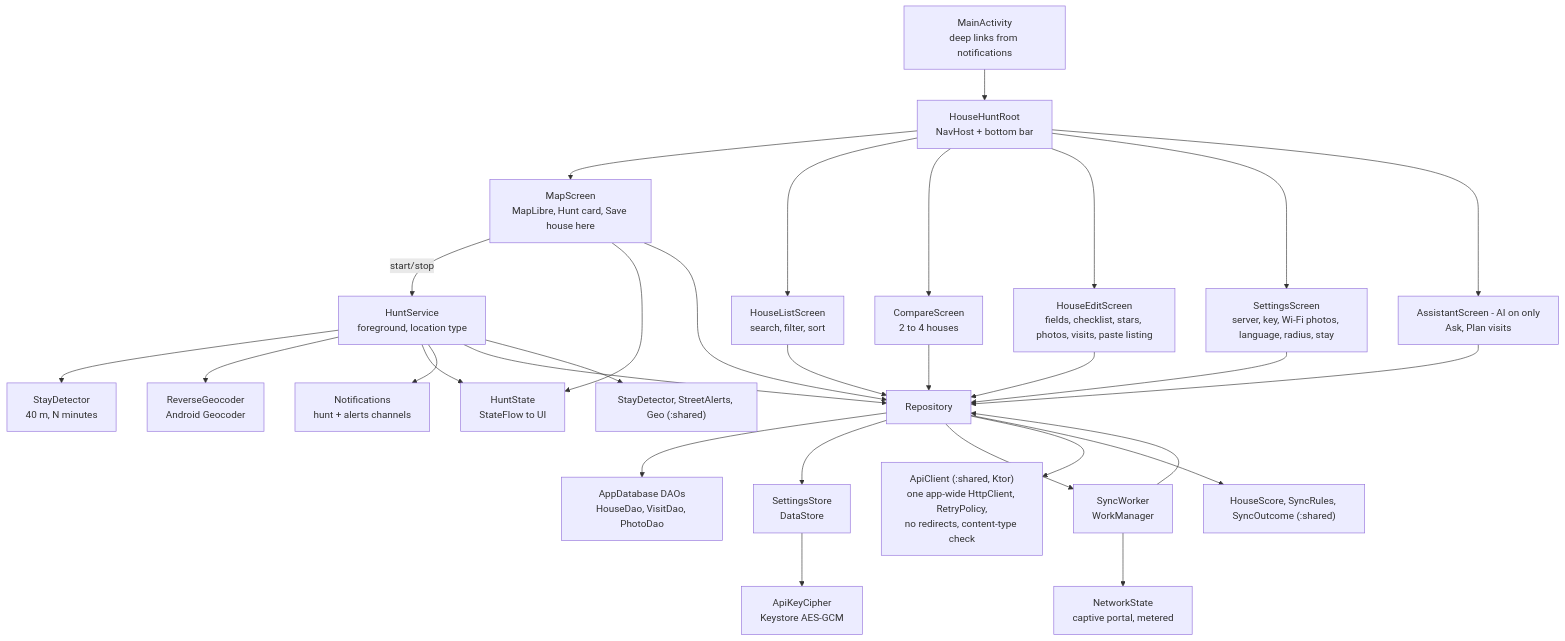
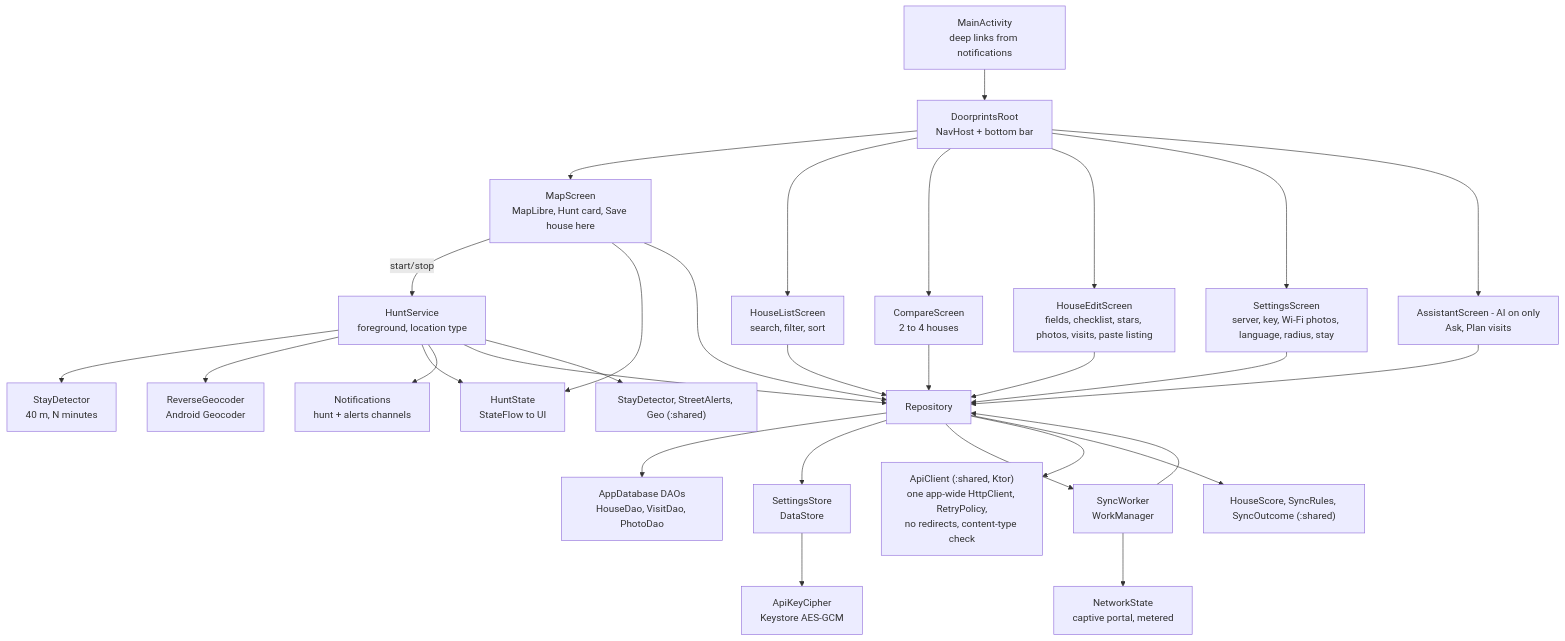
One commit to Sriram-Codes-SW/doorprints changed the fourth of 17 diagrams in docs/03-design.md. Above: the diagram before and after it, drawn with Mermaid. The commit also changed other lines of this file and 17 other files, not shown here.

````diff
--- a/docs/03-design.md
+++ b/docs/03-design.md
@@ -165,32 +166,32 @@
 ```mermaid
 flowchart TB
-    ma["MainActivity<br/>deep links from notifications"] --> root["HouseHuntRoot<br/>NavHost + bottom bar"]
+    ma["MainActivity<br/>deep links from notifications"] --> root["DoorprintsRoot<br/>NavHost + bottom bar"]
     root --> map["MapScreen<br/>MapLibre, Hunt card, Save house here"]
     root --> list["HouseListScreen<br/>search, filter, sort"]
     root --> cmp["CompareScreen<br/>2 to 4 houses"]
     root --> edit["HouseEditScreen<br/>fields, checklist, stars, photos, visits, paste listing"]
     root --> set["SettingsScreen<br/>server, key, Wi-Fi photos, language, radius, stay"]
     root --> asst["AssistantScreen - AI on only<br/>Ask, Plan visits"]
     asst --> repo
     map -->|"start/stop"| hunt["HuntService<br/>foreground, location type"]
     hunt --> sd["StayDetector<br/>40 m, N minutes"]
     hunt --> rg["ReverseGeocoder<br/>Android Geocoder"]
     hunt --> hs["HuntState<br/>StateFlow to UI"]
     hunt --> nt["Notifications<br/>hunt + alerts channels"]
     map --> hs
     map --> repo
     list --> repo
     cmp --> repo
     edit --> repo
     set --> repo
     hunt --> repo["Repository"]
     repo --> dao["AppDatabase DAOs<br/>HouseDao, VisitDao, PhotoDao"]
     repo --> st["SettingsStore<br/>DataStore"]
     repo --> sw["SyncWorker<br/>WorkManager"]
     sw --> repo
     repo --> api["ApiClient (:shared, Ktor)<br/>one app-wide HttpClient, RetryPolicy,<br/>no redirects, content-type check"]
     hunt --> shl["StayDetector, StreetAlerts, Geo (:shared)"]
     repo --> shm["HouseScore, SyncRules, SyncOutcome (:shared)"]
     sw --> net["NetworkState<br/>captive portal, metered"]
     st --> kc["ApiKeyCipher<br/>Keystore AES-GCM"]
 ```
````
